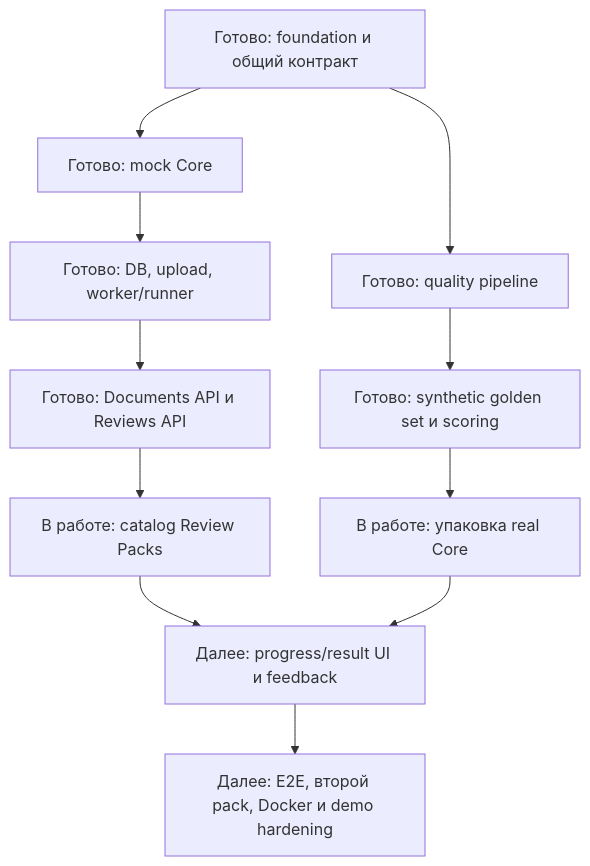
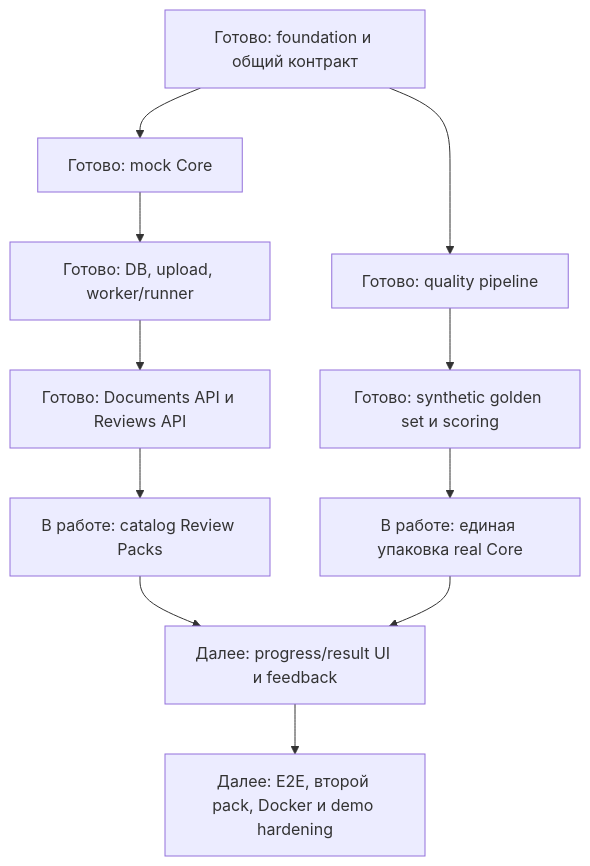
Before and after one commit to Volk357/mts_case_team_3: the second of 2 diagrams in submission/interim-2026-09-04/03-additional-materials.md, drawn with Mermaid. The commit also changed other lines of this file and 1 other file, not shown here.

````diff
--- a/submission/interim-2026-09-04/03-additional-materials.md
+++ b/submission/interim-2026-09-04/03-additional-materials.md
@@ -57,13 +55,13 @@
 ```mermaid
 flowchart TD
     A[Готово: foundation и общий контракт] --> B[Готово: mock Core]
     B --> C[Готово: DB, upload, worker/runner]
     C --> D[Готово: Documents API и Reviews API]
     A --> E[Готово: quality pipeline]
     E --> F[Готово: synthetic golden set и scoring]
     D --> G[В работе: catalog Review Packs]
-    F --> H[В работе: упаковка real Core]
+    F --> H[В работе: единая упаковка real Core]
     G --> I[Далее: progress/result UI и feedback]
     H --> I
     I --> J[Далее: E2E, второй pack, Docker и demo hardening]
 ```
````
